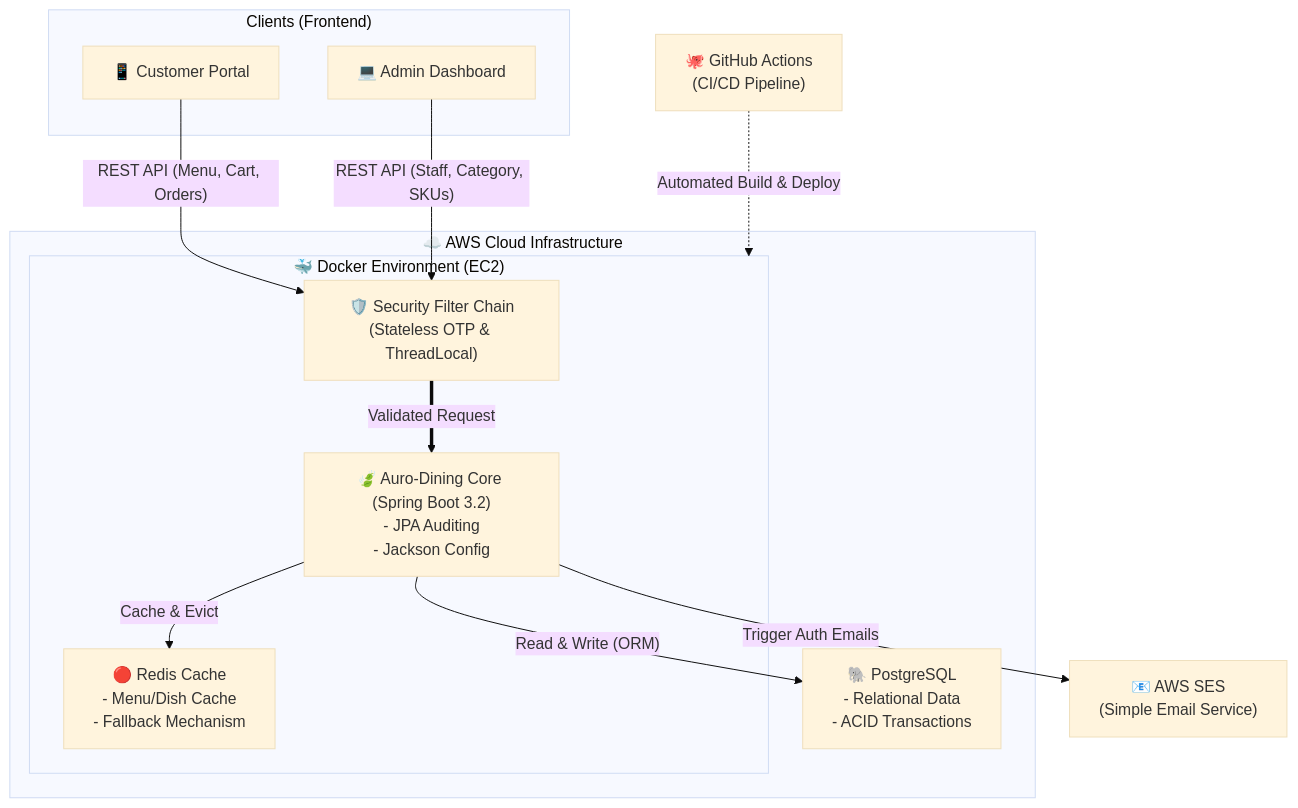
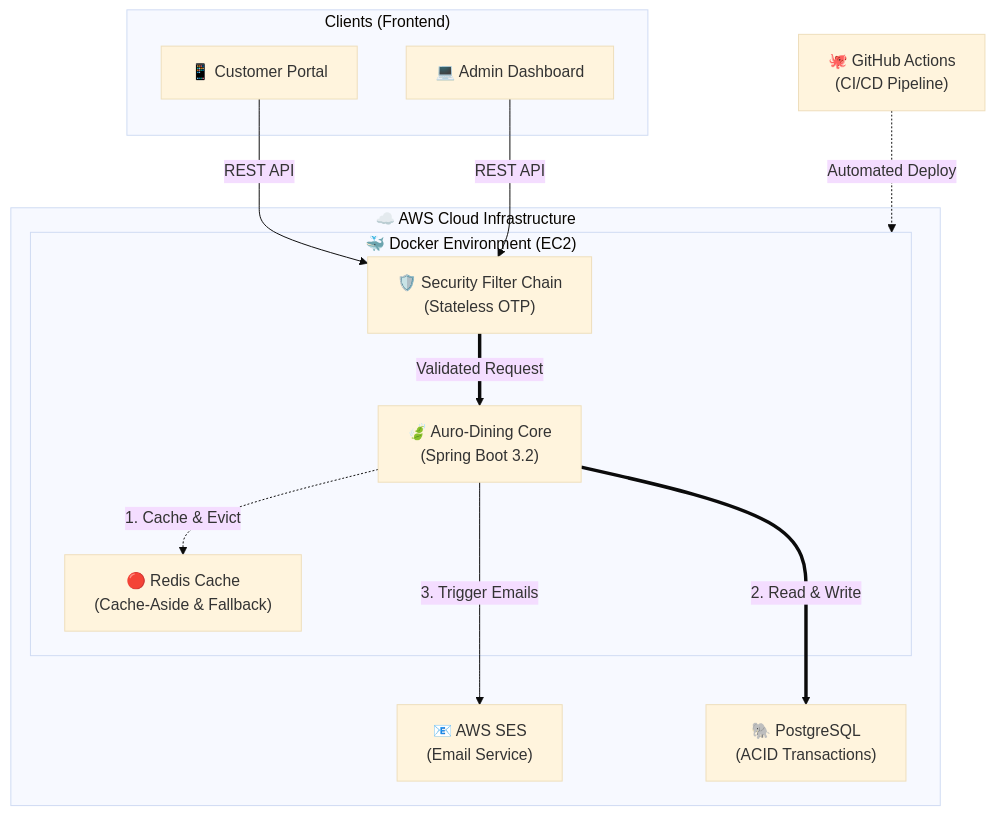
One commit to hannaqq/Auro-Dining changed the first of 3 diagrams in README.md. Above: the diagram before and after it, drawn with Mermaid (base theme). The commit also changed other lines of this file, not shown here.

Commit message:
fix chart error

````diff
--- a/README.md
+++ b/README.md
@@ -42,30 +42,31 @@
 ```mermaid
 flowchart TB
     subgraph Clients["Clients (Frontend)"]
         CustomerPortal["📱 Customer Portal"]
         AdminDashboard["💻 Admin Dashboard"]
     end
 
     subgraph Cloud["☁️ AWS Cloud Infrastructure"]
         subgraph Docker["🐳 Docker Environment (EC2)"]
-            AuthFilter["🛡️ Security Filter Chain<br/>(Stateless OTP & ThreadLocal)"]
-            App["🍃 Auro-Dining Core (Spring Boot 3.2)<br/>- JPA Auditing<br/>- Jackson Config"]
-            Redis["🔴 Redis Cache<br/>- Menu/Dish Cache<br/>- Fallback Mechanism"]
+            AuthFilter["🛡️ Security Filter Chain<br/>(Stateless OTP)"]
+            App["🍃 Auro-Dining Core<br/>(Spring Boot 3.2)"]
+            Redis["🔴 Redis Cache<br/>(Cache-Aside & Fallback)"]
             
             AuthFilter ==>|"Validated Request"| App
         end
-        PostgreSQL["🐘 PostgreSQL<br/>- Relational Data<br/>- ACID Transactions"]
+        
+        SES["📧 AWS SES<br/>(Email Service)"]
+        PostgreSQL["🐘 PostgreSQL<br/>(ACID Transactions)"]
     end
 
-    SES["📧 AWS SES<br/>(Simple Email Service)"]
     Github["🐙 GitHub Actions<br/>(CI/CD Pipeline)"]
 
-    CustomerPortal -- "REST API (Menu, Cart, Orders)" --> AuthFilter
-    AdminDashboard -- "REST API (Staff, Category, SKUs)" --> AuthFilter
+    CustomerPortal -- "REST API" --> AuthFilter
+    AdminDashboard -- "REST API" --> AuthFilter
     
-    App -- "Cache & Evict" --> Redis
-    App -- "Read & Write (ORM)" --> PostgreSQL
-    App -- "Trigger Auth Emails" --> SES
+    App -.->|"1. Cache & Evict"| Redis
+    App ===>|"2. Read & Write"| PostgreSQL
+    App --->|"3. Trigger Emails"| SES
     
-    Github -. "Automated Build & Deploy" .-> Docker
+    Github -. "Automated Deploy" .-> Docker
 ```
````
